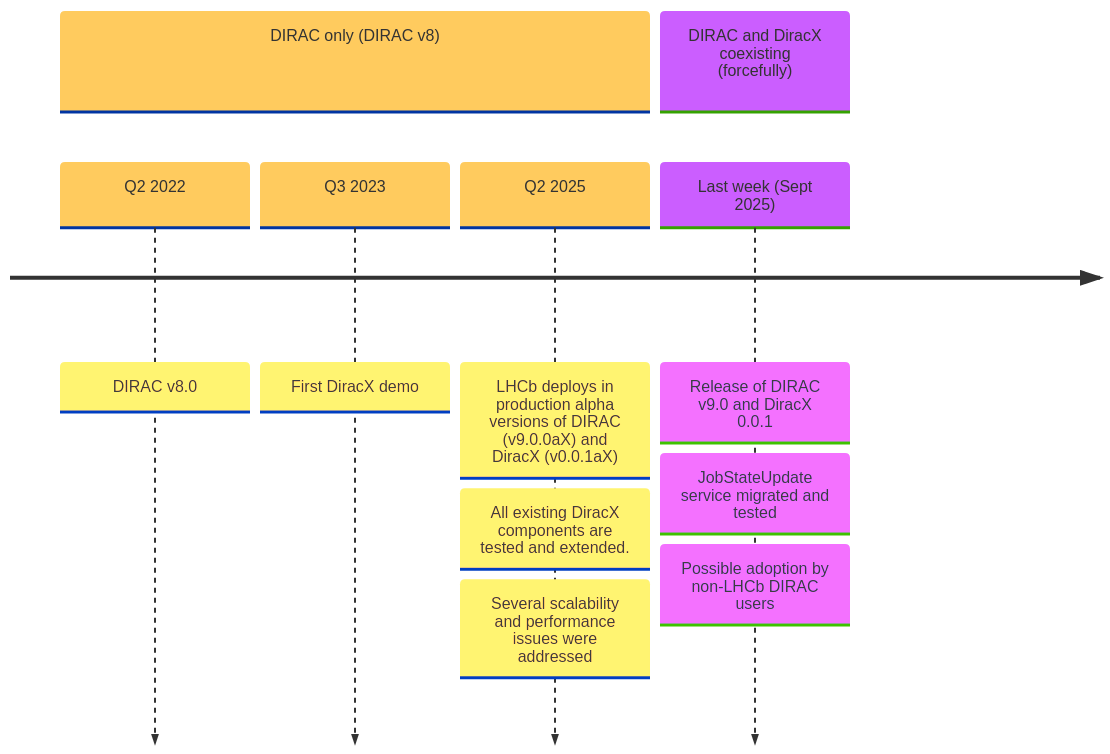
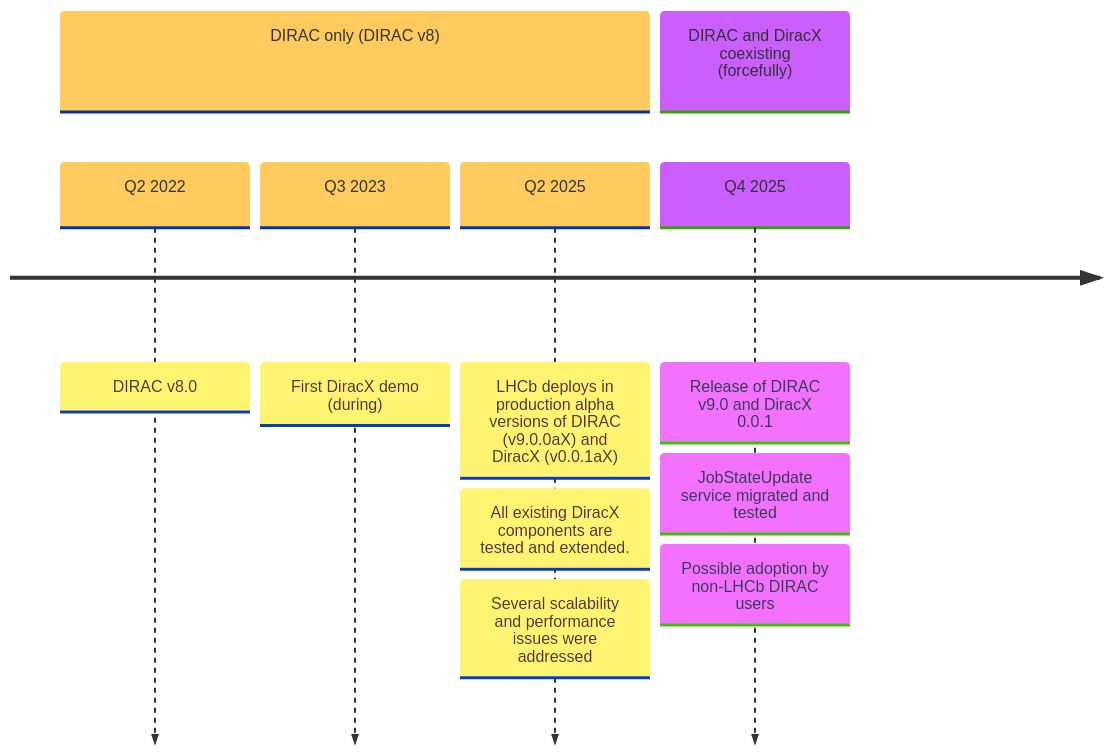
Before and after one commit to fstagni/2025_Rucio_Workshop: the first of 5 diagrams in slides.md, drawn with Mermaid. The commit also changed other lines of this file and 11 other files, not shown here.

````diff
--- a/slides.md
+++ b/slides.md
@@ -47,14 +205,14 @@
 ```mermaid {scale:0.4}
 %%{init: { 'logLevel': 'debug', 'theme': 'base', 'timeline': {'disableMulticolor': true}}}%%
     timeline
         section DIRAC only (DIRAC v8)
             Q2 2022 : DIRAC v8.0
-            Q3 2023 : First DiracX demo
+            Q3 2023 : First DiracX demo (during)
             Q2 2025 : LHCb deploys in production alpha versions of DIRAC (v9.0.0aX) and DiracX (v0.0.1aX)
                     : All existing DiracX components are tested and extended.
                     : Several scalability and performance issues were addressed
         section DIRAC and DiracX coexisting (forcefully)
-            Last week (Sept 2025) : Release of DIRAC v9.0 and DiracX 0.0.1
-                                  : JobStateUpdate service migrated and tested
-                                  : Possible adoption by non-LHCb DIRAC users
+            Q4 2025 : Release of DIRAC v9.0 and DiracX 0.0.1
+                    : JobStateUpdate service migrated and tested
+                    : Possible adoption by non-LHCb DIRAC users
 ```
````
